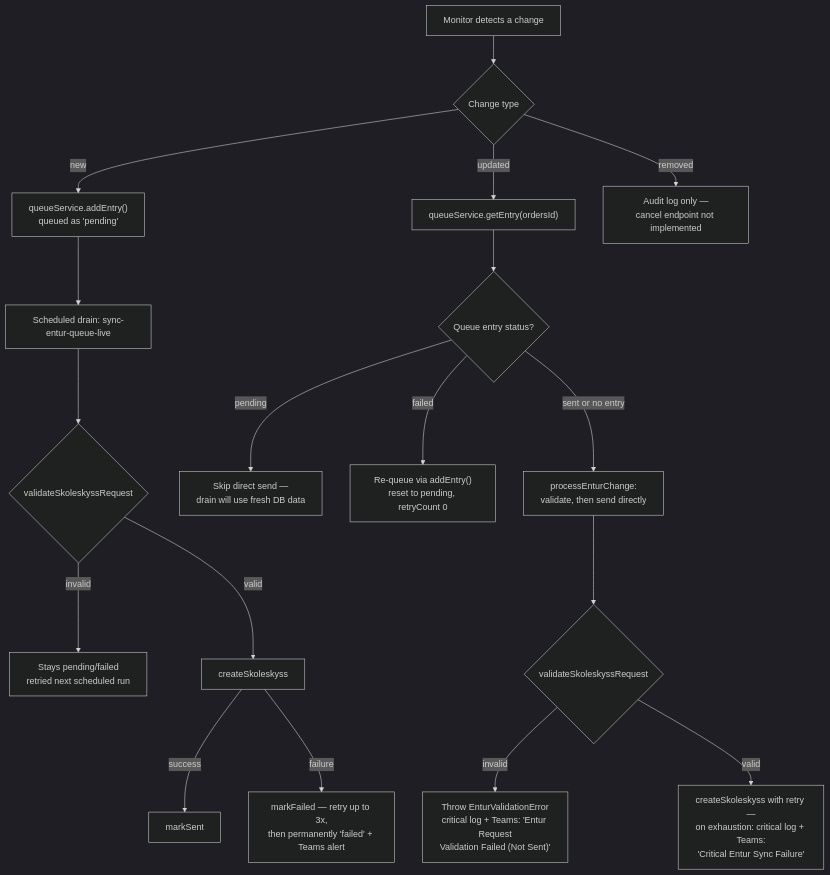
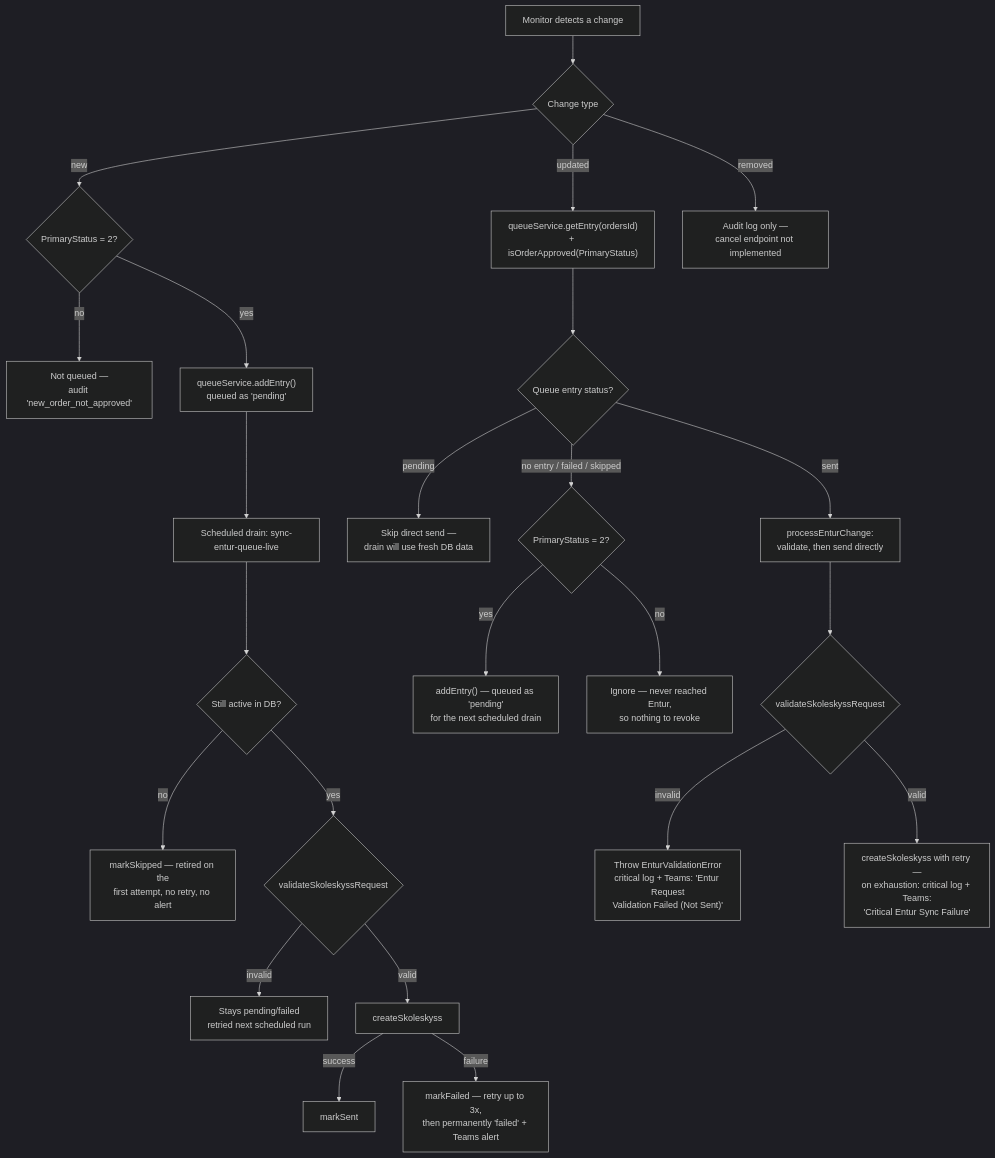
The diagram in docs/ENTUR_INTEGRATION.md (telemarkfylke/digitalt-skoleskyss-entur), drawn with Mermaid (dark theme) before and after one commit. The commit also changed other lines of this file and 14 other files, not shown here.

First line of the commit message:
feat: enhance queue management for student orders

````diff
--- a/docs/ENTUR_INTEGRATION.md
+++ b/docs/ENTUR_INTEGRATION.md
@@ -186,23 +186,29 @@
 ```mermaid
 flowchart TD
     A[Monitor detects a change] --> B{Change type}
 
-    B -->|new| N1["queueService.addEntry()<br/>queued as 'pending'"]
+    B -->|new| N0{PrimaryStatus = 2?}
+    N0 -->|no| N0a["Not queued —<br/>audit 'new_order_not_approved'"]
+    N0 -->|yes| N1["queueService.addEntry()<br/>queued as 'pending'"]
     N1 --> N2[Scheduled drain: sync-entur-queue-live]
-    N2 --> N3{validateSkoleskyssRequest}
+    N2 --> N2a{Still active in DB?}
+    N2a -->|no| N2b["markSkipped — retired on the<br/>first attempt, no retry, no alert"]
+    N2a -->|yes| N3{validateSkoleskyssRequest}
     N3 -->|invalid| N4[Stays pending/failed<br/>retried next scheduled run]
     N3 -->|valid| N5[createSkoleskyss]
     N5 -->|success| N6[markSent]
     N5 -->|failure| N7["markFailed — retry up to 3x,<br/>then permanently 'failed' + Teams alert"]
 
-    B -->|updated| U1["queueService.getEntry(ordersId)"]
+    B -->|updated| U1["queueService.getEntry(ordersId)<br/>+ isOrderApproved(PrimaryStatus)"]
     U1 --> U2{Queue entry status?}
     U2 -->|pending| U3[Skip direct send —<br/>drain will use fresh DB data]
-    U2 -->|failed| U4["Re-queue via addEntry()<br/>reset to pending, retryCount 0"]
-    U2 -->|sent or no entry| U5[processEnturChange:<br/>validate, then send directly]
+    U2 -->|"no entry / failed / skipped"| U4{PrimaryStatus = 2?}
+    U4 -->|yes| U4a["addEntry() — queued as 'pending'<br/>for the next scheduled drain"]
+    U4 -->|no| U4b["Ignore — never reached Entur,<br/>so nothing to revoke"]
+    U2 -->|sent| U5[processEnturChange:<br/>validate, then send directly]
     U5 --> U6{validateSkoleskyssRequest}
     U6 -->|invalid| U7["Throw EnturValidationError<br/>critical log + Teams: 'Entur Request<br/>Validation Failed (Not Sent)'"]
     U6 -->|valid| U8["createSkoleskyss with retry —<br/>on exhaustion: critical log + Teams:<br/>'Critical Entur Sync Failure'"]
 
     B -->|removed| R1[Audit log only —<br/>cancel endpoint not implemented]
 ```
````
